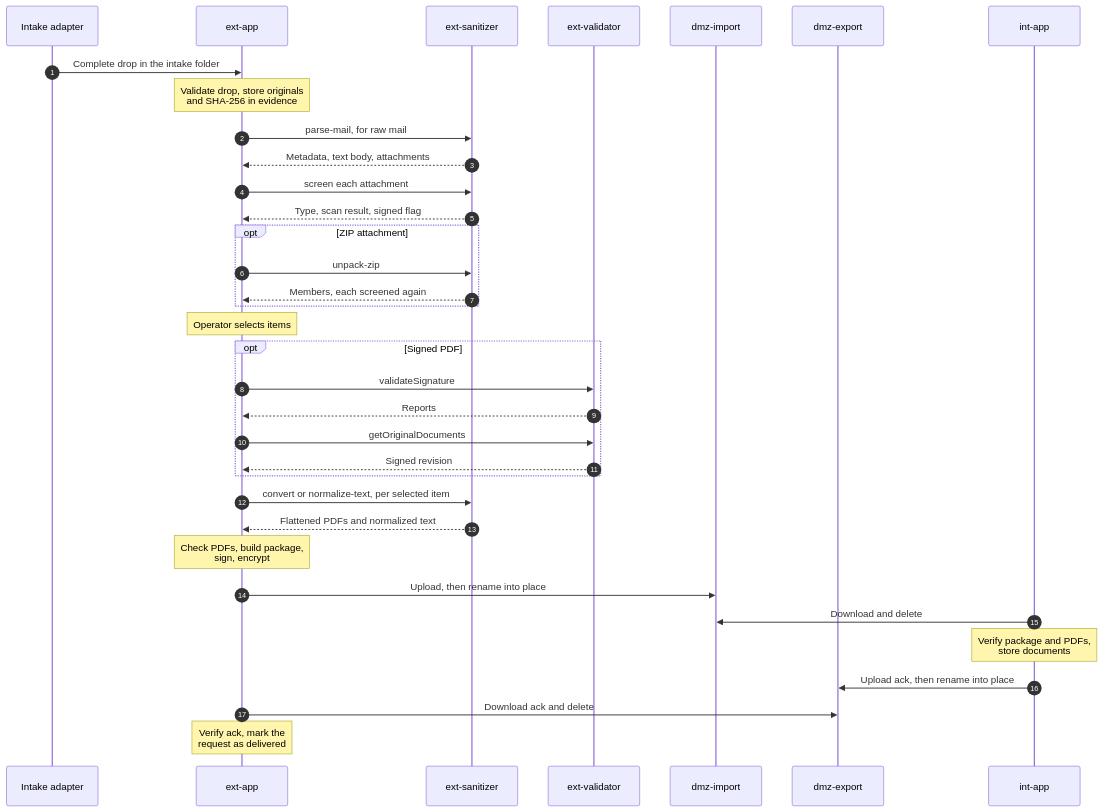
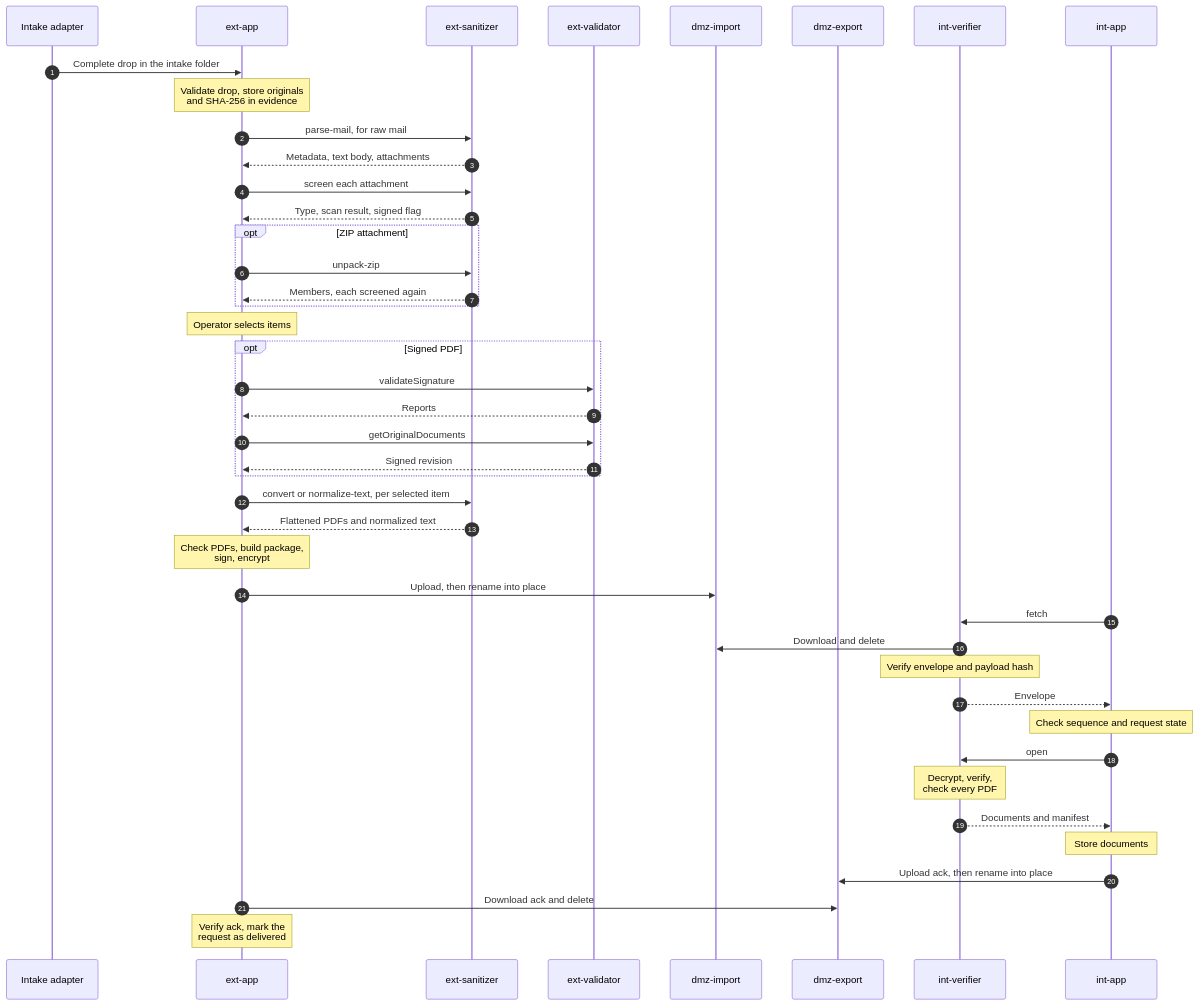
One commit to tgivslife/dxg-document-gateway changed the third of 8 diagrams in document-exchange-mvp-technical-documentation.md. Above: the diagram before and after it, drawn with Mermaid. The commit also changed other lines of this file and 3 other files, not shown here.

````diff
--- a/document-exchange-mvp-technical-documentation.md
+++ b/document-exchange-mvp-technical-documentation.md
@@ -263,41 +266,49 @@
 ```mermaid
 sequenceDiagram
     accDescr: Sequence of the import flow from the intake adapter to int-app
     %% Each arrow points from the side that opens the connection.
     %% Dashed arrows are replies on the same connection.
     autonumber
     participant A as Intake adapter
     participant EC as ext-app
     participant ES as ext-sanitizer
     participant EV as ext-validator
     participant DI as dmz-import
     participant DE as dmz-export
+    participant IVF as int-verifier
     participant IC as int-app
 
     A->>EC: Complete drop in the intake folder
     Note over EC: Validate drop, store originals<br/>and SHA-256 in evidence
     EC->>ES: parse-mail, for raw mail
     ES-->>EC: Metadata, text body, attachments
     EC->>ES: screen each attachment
     ES-->>EC: Type, scan result, signed flag
     opt ZIP attachment
         EC->>ES: unpack-zip
         ES-->>EC: Members, each screened again
     end
     Note over EC: Operator selects items
     opt Signed PDF
         EC->>EV: validateSignature
         EV-->>EC: Reports
         EC->>EV: getOriginalDocuments
         EV-->>EC: Signed revision
     end
     EC->>ES: convert or normalize-text, per selected item
     ES-->>EC: Flattened PDFs and normalized text
     Note over EC: Check PDFs, build package,<br/>sign, encrypt
     EC->>DI: Upload, then rename into place
-    IC->>DI: Download and delete
-    Note over IC: Verify package and PDFs,<br/>store documents
+    IC->>IVF: fetch
+    IVF->>DI: Download and delete
+    Note over IVF: Verify envelope and payload hash
+    IVF-->>IC: Envelope
+    Note over IC: Check sequence and request state
+    IC->>IVF: open
+    Note over IVF: Decrypt, verify,<br/>check every PDF
+    IVF-->>IC: Documents and manifest
+    Note over IC: Store documents
     IC->>DE: Upload ack, then rename into place
     EC->>DE: Download ack and delete
     Note over EC: Verify ack, mark the<br/>request as delivered
 ```
````
